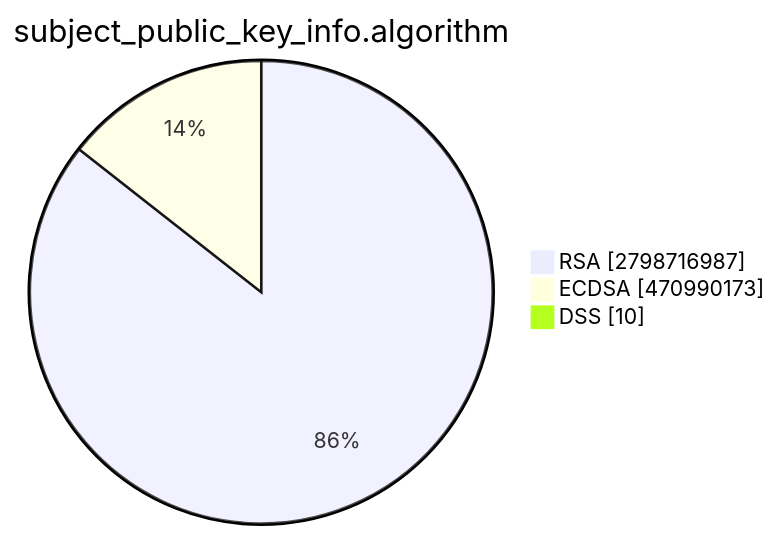
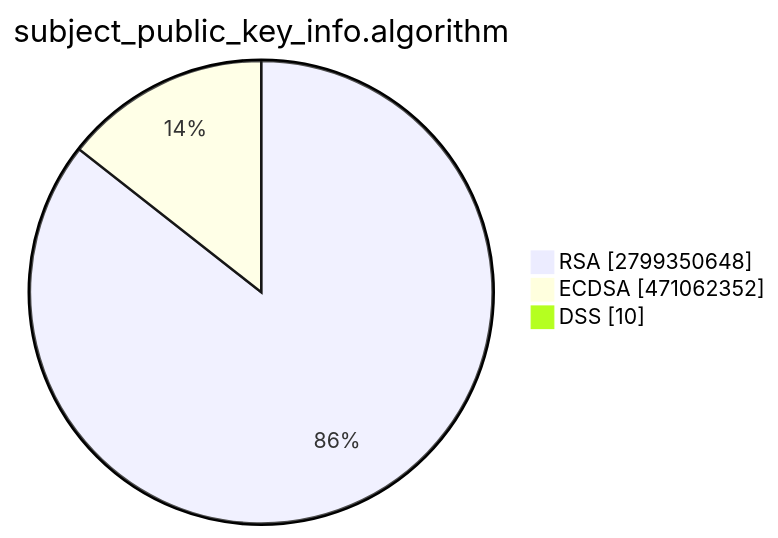
The second of 15 diagrams in TOTAL/README.md (christiankrug/ctmonitor_visualization), drawn with Mermaid before and after one commit. The commit also changed other lines of this file, not shown here.

````diff
--- a/TOTAL/README.md
+++ b/TOTAL/README.md
@@ -6,7 +6,7 @@
 ```mermaid
 pie showData
 title subject_public_key_info.algorithm
-"RSA" :2798716987
-"ECDSA" :470990173
+"RSA" :2799350648
+"ECDSA" :471062352
 "DSS" :10
 ```
````
